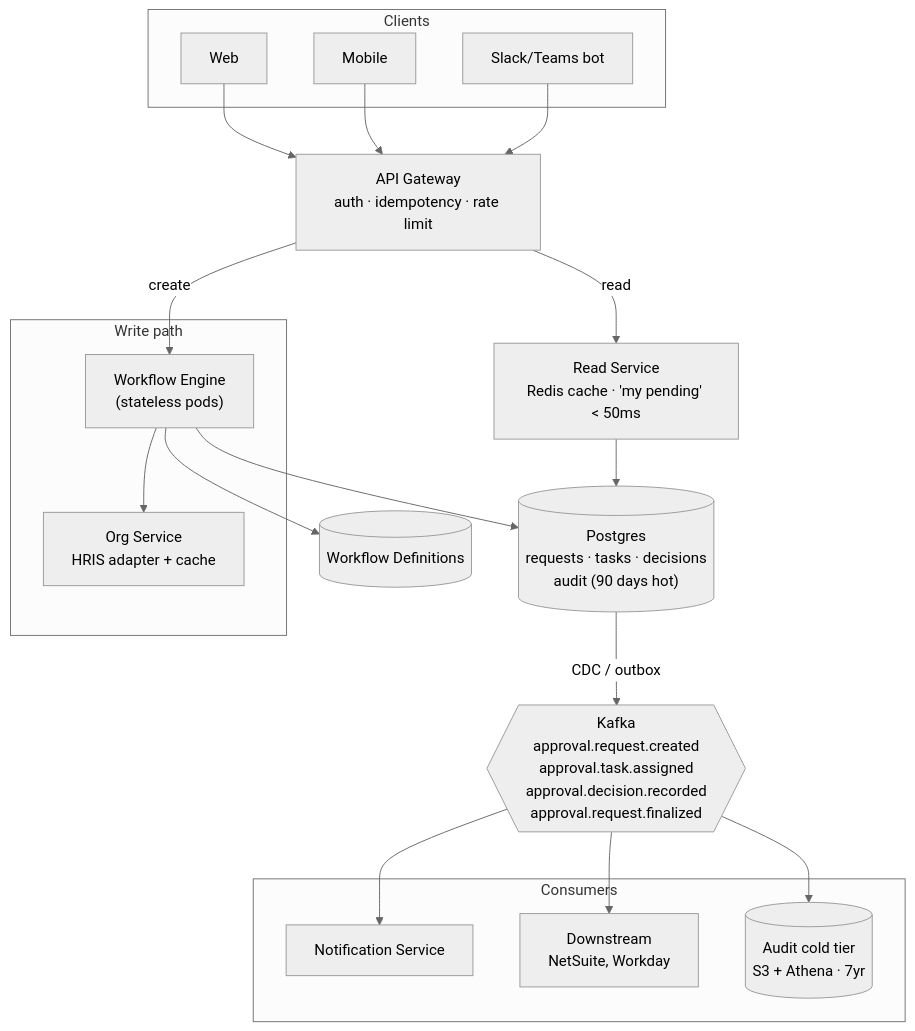
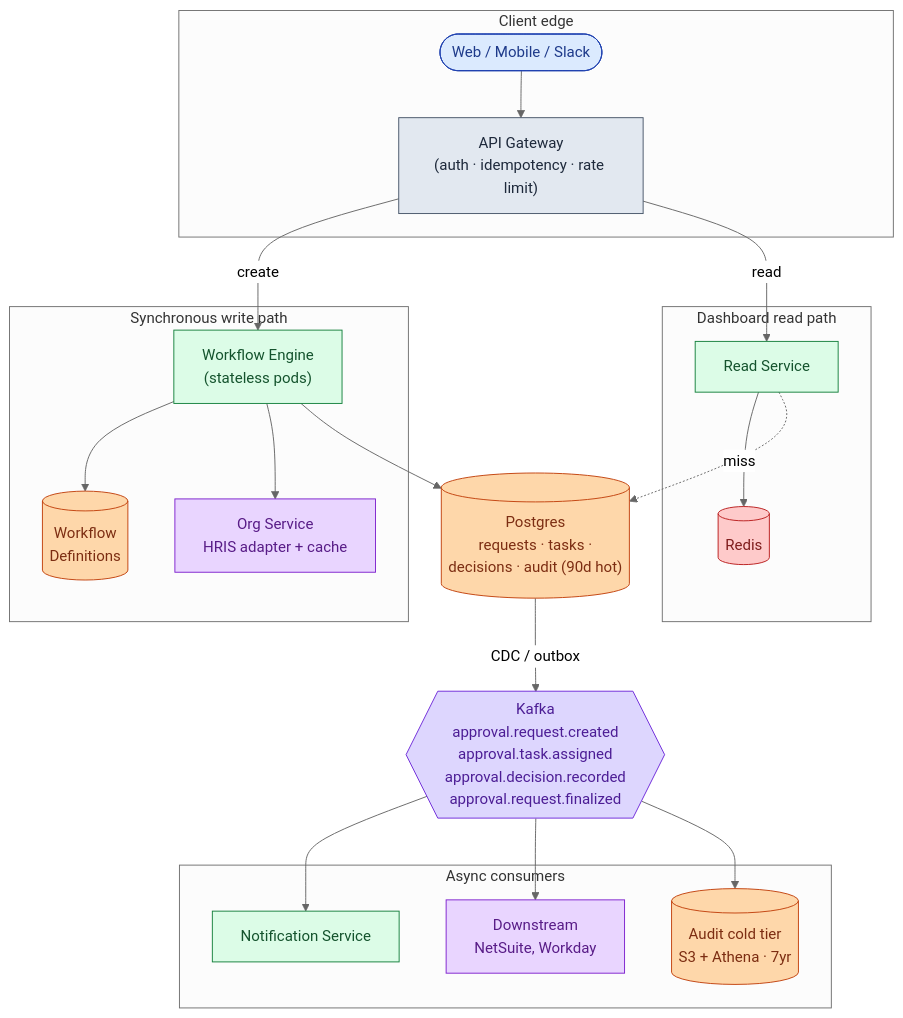
Before and after one commit to shiningflash/system-design: the third of 5 diagrams in problems/011-approval-management/solution.md, drawn with Mermaid (neutral theme). The commit also changed other lines of this file and 1 other file, not shown here.

First line of the commit message:
011 approval: clearer prose, color-grouped mermaid, build-up architecture

````diff
--- a/problems/011-approval-management/solution.md
+++ b/problems/011-approval-management/solution.md
@@ -306,46 +297,49 @@
 ```mermaid
 flowchart TB
-    subgraph Clients
-        Web[Web]
-        Mobile[Mobile]
-        Slack[Slack/Teams bot]
+    subgraph Edge["Client edge"]
+        C([Web / Mobile / Slack]):::user
+        GW["API Gateway<br/>(auth · idempotency · rate limit)"]:::edge
     end
 
-    Gateway["API Gateway<br/>auth · idempotency · rate limit"]
-
-    subgraph WritePath["Write path"]
-        Engine["Workflow Engine<br/>(stateless pods)"]
-        Org["Org Service<br/>HRIS adapter + cache"]
+    subgraph WritePath["Synchronous write path"]
+        E["Workflow Engine<br/>(stateless pods)"]:::app
+        O["Org Service<br/>HRIS adapter + cache"]:::ext
+        Defs[("Workflow<br/>Definitions")]:::db
     end
 
-    Read["Read Service<br/>Redis cache · 'my pending' < 50ms"]
+    DB[("Postgres<br/>requests · tasks ·<br/>decisions · audit (90d hot)")]:::db
 
-    Defs[("Workflow Definitions")]
-
-    DB[("Postgres<br/>requests · tasks · decisions<br/>audit (90 days hot)")]
-
-    Kafka{{"Kafka<br/>approval.request.created<br/>approval.task.assigned<br/>approval.decision.recorded<br/>approval.request.finalized"}}
-
-    subgraph Consumers
-        Notify[Notification Service]
-        Integ["Downstream<br/>NetSuite, Workday"]
-        Cold[("Audit cold tier<br/>S3 + Athena · 7yr")]
+    subgraph ReadPath["Dashboard read path"]
+        R["Read Service"]:::app
+        Cache[("Redis")]:::cache
     end
 
-    Web --> Gateway
-    Mobile --> Gateway
-    Slack --> Gateway
+    K{{"Kafka<br/>approval.request.created<br/>approval.task.assigned<br/>approval.decision.recorded<br/>approval.request.finalized"}}:::queue
 
-    Gateway -->|create| Engine
-    Gateway -->|read| Read
+    subgraph Consumers["Async consumers"]
+        N["Notification Service"]:::app
+        I["Downstream<br/>NetSuite, Workday"]:::ext
+        Cold[("Audit cold tier<br/>S3 + Athena · 7yr")]:::db
+    end
 
-    Engine --> Org
-    Engine --> Defs
-    Engine --> DB
-    Read --> DB
+    C --> GW
+    GW -->|create| E
+    GW -->|read| R
+    E --> Defs
+    E --> O
+    E --> DB
+    R --> Cache
+    R -.miss.-> DB
+    DB -->|CDC / outbox| K
+    K --> N
+    K --> I
+    K --> Cold
 
-    DB -->|CDC / outbox| Kafka
-    Kafka --> Notify
-    Kafka --> Integ
-    Kafka --> Cold
+    classDef user fill:#dbeafe,stroke:#1e40af,color:#1e3a8a
+    classDef edge fill:#e2e8f0,stroke:#475569,color:#1e293b
+    classDef app fill:#dcfce7,stroke:#15803d,color:#14532d
+    classDef db fill:#fed7aa,stroke:#c2410c,color:#7c2d12
+    classDef cache fill:#fecaca,stroke:#b91c1c,color:#7f1d1d
+    classDef queue fill:#ddd6fe,stroke:#6d28d9,color:#4c1d95
+    classDef ext fill:#e9d5ff,stroke:#7e22ce,color:#581c87
 ```
````
